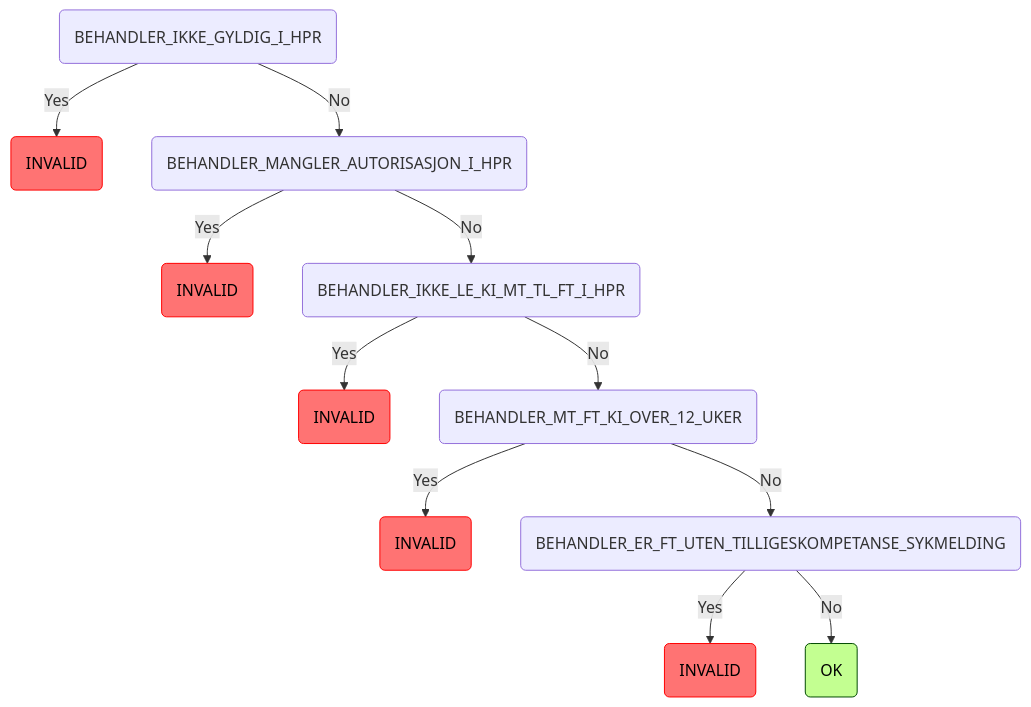
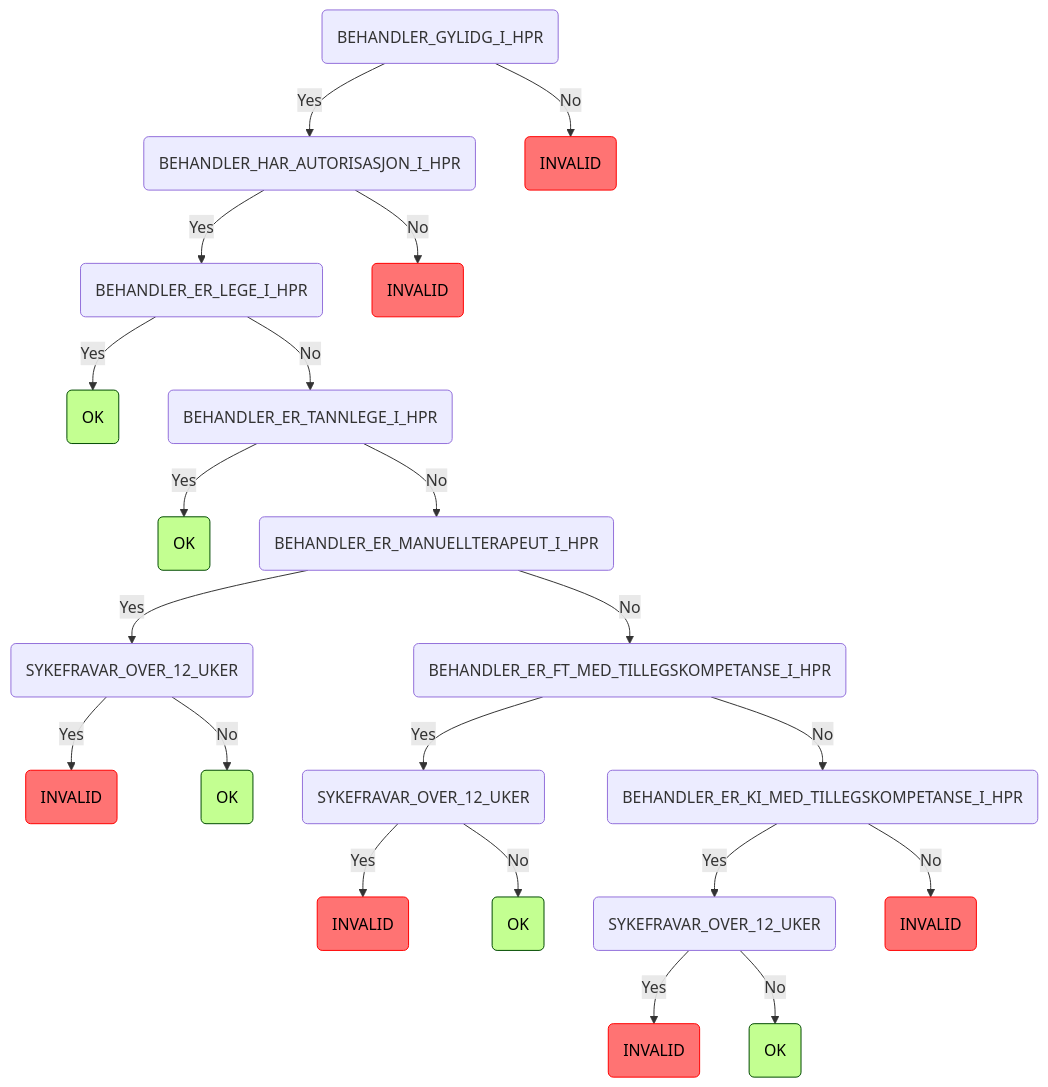
The fifth of 11 diagrams in README.md (navikt/syfosmregler), drawn with Mermaid before and after one commit. The commit also changed 6 other files, not shown here.

````diff
--- a/README.md
+++ b/README.md
@@ -138,16 +138,26 @@
 ```mermaid
 graph TD
-    root(BEHANDLER_IKKE_GYLDIG_I_HPR) -->|Yes| root_BEHANDLER_IKKE_GYLDIG_I_HPR_INVALID(INVALID):::invalid
-    root(BEHANDLER_IKKE_GYLDIG_I_HPR) -->|No| root_BEHANDLER_IKKE_GYLDIG_I_HPR_BEHANDLER_MANGLER_AUTORISASJON_I_HPR(BEHANDLER_MANGLER_AUTORISASJON_I_HPR)
-    root_BEHANDLER_IKKE_GYLDIG_I_HPR_BEHANDLER_MANGLER_AUTORISASJON_I_HPR(BEHANDLER_MANGLER_AUTORISASJON_I_HPR) -->|Yes| root_BEHANDLER_IKKE_GYLDIG_I_HPR_BEHANDLER_MANGLER_AUTORISASJON_I_HPR_INVALID(INVALID):::invalid
-    root_BEHANDLER_IKKE_GYLDIG_I_HPR_BEHANDLER_MANGLER_AUTORISASJON_I_HPR(BEHANDLER_MANGLER_AUTORISASJON_I_HPR) -->|No| root_BEHANDLER_IKKE_GYLDIG_I_HPR_BEHANDLER_MANGLER_AUTORISASJON_I_HPR_BEHANDLER_IKKE_LE_KI_MT_TL_FT_I_HPR(BEHANDLER_IKKE_LE_KI_MT_TL_FT_I_HPR)
-    root_BEHANDLER_IKKE_GYLDIG_I_HPR_BEHANDLER_MANGLER_AUTORISASJON_I_HPR_BEHANDLER_IKKE_LE_KI_MT_TL_FT_I_HPR(BEHANDLER_IKKE_LE_KI_MT_TL_FT_I_HPR) -->|Yes| root_BEHANDLER_IKKE_GYLDIG_I_HPR_BEHANDLER_MANGLER_AUTORISASJON_I_HPR_BEHANDLER_IKKE_LE_KI_MT_TL_FT_I_HPR_INVALID(INVALID):::invalid
-    root_BEHANDLER_IKKE_GYLDIG_I_HPR_BEHANDLER_MANGLER_AUTORISASJON_I_HPR_BEHANDLER_IKKE_LE_KI_MT_TL_FT_I_HPR(BEHANDLER_IKKE_LE_KI_MT_TL_FT_I_HPR) -->|No| root_BEHANDLER_IKKE_GYLDIG_I_HPR_BEHANDLER_MANGLER_AUTORISASJON_I_HPR_BEHANDLER_IKKE_LE_KI_MT_TL_FT_I_HPR_BEHANDLER_MT_FT_KI_OVER_12_UKER(BEHANDLER_MT_FT_KI_OVER_12_UKER)
-    root_BEHANDLER_IKKE_GYLDIG_I_HPR_BEHANDLER_MANGLER_AUTORISASJON_I_HPR_BEHANDLER_IKKE_LE_KI_MT_TL_FT_I_HPR_BEHANDLER_MT_FT_KI_OVER_12_UKER(BEHANDLER_MT_FT_KI_OVER_12_UKER) -->|Yes| root_BEHANDLER_IKKE_GYLDIG_I_HPR_BEHANDLER_MANGLER_AUTORISASJON_I_HPR_BEHANDLER_IKKE_LE_KI_MT_TL_FT_I_HPR_BEHANDLER_MT_FT_KI_OVER_12_UKER_INVALID(INVALID):::invalid
-    root_BEHANDLER_IKKE_GYLDIG_I_HPR_BEHANDLER_MANGLER_AUTORISASJON_I_HPR_BEHANDLER_IKKE_LE_KI_MT_TL_FT_I_HPR_BEHANDLER_MT_FT_KI_OVER_12_UKER(BEHANDLER_MT_FT_KI_OVER_12_UKER) -->|No| root_BEHANDLER_IKKE_GYLDIG_I_HPR_BEHANDLER_MANGLER_AUTORISASJON_I_HPR_BEHANDLER_IKKE_LE_KI_MT_TL_FT_I_HPR_BEHANDLER_MT_FT_KI_OVER_12_UKER_BEHANDLER_ER_FT_UTEN_TILLIGESKOMPETANSE_SYKMELDING(BEHANDLER_ER_FT_UTEN_TILLIGESKOMPETANSE_SYKMELDING)
-    root_BEHANDLER_IKKE_GYLDIG_I_HPR_BEHANDLER_MANGLER_AUTORISASJON_I_HPR_BEHANDLER_IKKE_LE_KI_MT_TL_FT_I_HPR_BEHANDLER_MT_FT_KI_OVER_12_UKER_BEHANDLER_ER_FT_UTEN_TILLIGESKOMPETANSE_SYKMELDING(BEHANDLER_ER_FT_UTEN_TILLIGESKOMPETANSE_SYKMELDING) -->|Yes| root_BEHANDLER_IKKE_GYLDIG_I_HPR_BEHANDLER_MANGLER_AUTORISASJON_I_HPR_BEHANDLER_IKKE_LE_KI_MT_TL_FT_I_HPR_BEHANDLER_MT_FT_KI_OVER_12_UKER_BEHANDLER_ER_FT_UTEN_TILLIGESKOMPETANSE_SYKMELDING_INVALID(INVALID):::invalid
-    root_BEHANDLER_IKKE_GYLDIG_I_HPR_BEHANDLER_MANGLER_AUTORISASJON_I_HPR_BEHANDLER_IKKE_LE_KI_MT_TL_FT_I_HPR_BEHANDLER_MT_FT_KI_OVER_12_UKER_BEHANDLER_ER_FT_UTEN_TILLIGESKOMPETANSE_SYKMELDING(BEHANDLER_ER_FT_UTEN_TILLIGESKOMPETANSE_SYKMELDING) -->|No| root_BEHANDLER_IKKE_GYLDIG_I_HPR_BEHANDLER_MANGLER_AUTORISASJON_I_HPR_BEHANDLER_IKKE_LE_KI_MT_TL_FT_I_HPR_BEHANDLER_MT_FT_KI_OVER_12_UKER_BEHANDLER_ER_FT_UTEN_TILLIGESKOMPETANSE_SYKMELDING_OK(OK):::ok
+    root(BEHANDLER_GYLIDG_I_HPR) -->|Yes| root_BEHANDLER_GYLIDG_I_HPR_BEHANDLER_HAR_AUTORISASJON_I_HPR(BEHANDLER_HAR_AUTORISASJON_I_HPR)
+    root_BEHANDLER_GYLIDG_I_HPR_BEHANDLER_HAR_AUTORISASJON_I_HPR(BEHANDLER_HAR_AUTORISASJON_I_HPR) -->|Yes| root_BEHANDLER_GYLIDG_I_HPR_BEHANDLER_HAR_AUTORISASJON_I_HPR_BEHANDLER_ER_LEGE_I_HPR(BEHANDLER_ER_LEGE_I_HPR)
+    root_BEHANDLER_GYLIDG_I_HPR_BEHANDLER_HAR_AUTORISASJON_I_HPR_BEHANDLER_ER_LEGE_I_HPR(BEHANDLER_ER_LEGE_I_HPR) -->|Yes| root_BEHANDLER_GYLIDG_I_HPR_BEHANDLER_HAR_AUTORISASJON_I_HPR_BEHANDLER_ER_LEGE_I_HPR_OK(OK):::ok
+    root_BEHANDLER_GYLIDG_I_HPR_BEHANDLER_HAR_AUTORISASJON_I_HPR_BEHANDLER_ER_LEGE_I_HPR(BEHANDLER_ER_LEGE_I_HPR) -->|No| root_BEHANDLER_GYLIDG_I_HPR_BEHANDLER_HAR_AUTORISASJON_I_HPR_BEHANDLER_ER_LEGE_I_HPR_BEHANDLER_ER_TANNLEGE_I_HPR(BEHANDLER_ER_TANNLEGE_I_HPR)
+    root_BEHANDLER_GYLIDG_I_HPR_BEHANDLER_HAR_AUTORISASJON_I_HPR_BEHANDLER_ER_LEGE_I_HPR_BEHANDLER_ER_TANNLEGE_I_HPR(BEHANDLER_ER_TANNLEGE_I_HPR) -->|Yes| root_BEHANDLER_GYLIDG_I_HPR_BEHANDLER_HAR_AUTORISASJON_I_HPR_BEHANDLER_ER_LEGE_I_HPR_BEHANDLER_ER_TANNLEGE_I_HPR_OK(OK):::ok
+    root_BEHANDLER_GYLIDG_I_HPR_BEHANDLER_HAR_AUTORISASJON_I_HPR_BEHANDLER_ER_LEGE_I_HPR_BEHANDLER_ER_TANNLEGE_I_HPR(BEHANDLER_ER_TANNLEGE_I_HPR) -->|No| root_BEHANDLER_GYLIDG_I_HPR_BEHANDLER_HAR_AUTORISASJON_I_HPR_BEHANDLER_ER_LEGE_I_HPR_BEHANDLER_ER_TANNLEGE_I_HPR_BEHANDLER_ER_MANUELLTERAPEUT_I_HPR(BEHANDLER_ER_MANUELLTERAPEUT_I_HPR)
+    root_BEHANDLER_GYLIDG_I_HPR_BEHANDLER_HAR_AUTORISASJON_I_HPR_BEHANDLER_ER_LEGE_I_HPR_BEHANDLER_ER_TANNLEGE_I_HPR_BEHANDLER_ER_MANUELLTERAPEUT_I_HPR(BEHANDLER_ER_MANUELLTERAPEUT_I_HPR) -->|Yes| root_BEHANDLER_GYLIDG_I_HPR_BEHANDLER_HAR_AUTORISASJON_I_HPR_BEHANDLER_ER_LEGE_I_HPR_BEHANDLER_ER_TANNLEGE_I_HPR_BEHANDLER_ER_MANUELLTERAPEUT_I_HPR_SYKEFRAVAR_OVER_12_UKER(SYKEFRAVAR_OVER_12_UKER)
+    root_BEHANDLER_GYLIDG_I_HPR_BEHANDLER_HAR_AUTORISASJON_I_HPR_BEHANDLER_ER_LEGE_I_HPR_BEHANDLER_ER_TANNLEGE_I_HPR_BEHANDLER_ER_MANUELLTERAPEUT_I_HPR_SYKEFRAVAR_OVER_12_UKER(SYKEFRAVAR_OVER_12_UKER) -->|Yes| root_BEHANDLER_GYLIDG_I_HPR_BEHANDLER_HAR_AUTORISASJON_I_HPR_BEHANDLER_ER_LEGE_I_HPR_BEHANDLER_ER_TANNLEGE_I_HPR_BEHANDLER_ER_MANUELLTERAPEUT_I_HPR_SYKEFRAVAR_OVER_12_UKER_INVALID(INVALID):::invalid
+    root_BEHANDLER_GYLIDG_I_HPR_BEHANDLER_HAR_AUTORISASJON_I_HPR_BEHANDLER_ER_LEGE_I_HPR_BEHANDLER_ER_TANNLEGE_I_HPR_BEHANDLER_ER_MANUELLTERAPEUT_I_HPR_SYKEFRAVAR_OVER_12_UKER(SYKEFRAVAR_OVER_12_UKER) -->|No| root_BEHANDLER_GYLIDG_I_HPR_BEHANDLER_HAR_AUTORISASJON_I_HPR_BEHANDLER_ER_LEGE_I_HPR_BEHANDLER_ER_TANNLEGE_I_HPR_BEHANDLER_ER_MANUELLTERAPEUT_I_HPR_SYKEFRAVAR_OVER_12_UKER_OK(OK):::ok
+    root_BEHANDLER_GYLIDG_I_HPR_BEHANDLER_HAR_AUTORISASJON_I_HPR_BEHANDLER_ER_LEGE_I_HPR_BEHANDLER_ER_TANNLEGE_I_HPR_BEHANDLER_ER_MANUELLTERAPEUT_I_HPR(BEHANDLER_ER_MANUELLTERAPEUT_I_HPR) -->|No| root_BEHANDLER_GYLIDG_I_HPR_BEHANDLER_HAR_AUTORISASJON_I_HPR_BEHANDLER_ER_LEGE_I_HPR_BEHANDLER_ER_TANNLEGE_I_HPR_BEHANDLER_ER_MANUELLTERAPEUT_I_HPR_BEHANDLER_ER_FT_MED_TILLEGSKOMPETANSE_I_HPR(BEHANDLER_ER_FT_MED_TILLEGSKOMPETANSE_I_HPR)
+    root_BEHANDLER_GYLIDG_I_HPR_BEHANDLER_HAR_AUTORISASJON_I_HPR_BEHANDLER_ER_LEGE_I_HPR_BEHANDLER_ER_TANNLEGE_I_HPR_BEHANDLER_ER_MANUELLTERAPEUT_I_HPR_BEHANDLER_ER_FT_MED_TILLEGSKOMPETANSE_I_HPR(BEHANDLER_ER_FT_MED_TILLEGSKOMPETANSE_I_HPR) -->|Yes| root_BEHANDLER_GYLIDG_I_HPR_BEHANDLER_HAR_AUTORISASJON_I_HPR_BEHANDLER_ER_LEGE_I_HPR_BEHANDLER_ER_TANNLEGE_I_HPR_BEHANDLER_ER_MANUELLTERAPEUT_I_HPR_BEHANDLER_ER_FT_MED_TILLEGSKOMPETANSE_I_HPR_SYKEFRAVAR_OVER_12_UKER(SYKEFRAVAR_OVER_12_UKER)
+    root_BEHANDLER_GYLIDG_I_HPR_BEHANDLER_HAR_AUTORISASJON_I_HPR_BEHANDLER_ER_LEGE_I_HPR_BEHANDLER_ER_TANNLEGE_I_HPR_BEHANDLER_ER_MANUELLTERAPEUT_I_HPR_BEHANDLER_ER_FT_MED_TILLEGSKOMPETANSE_I_HPR_SYKEFRAVAR_OVER_12_UKER(SYKEFRAVAR_OVER_12_UKER) -->|Yes| root_BEHANDLER_GYLIDG_I_HPR_BEHANDLER_HAR_AUTORISASJON_I_HPR_BEHANDLER_ER_LEGE_I_HPR_BEHANDLER_ER_TANNLEGE_I_HPR_BEHANDLER_ER_MANUELLTERAPEUT_I_HPR_BEHANDLER_ER_FT_MED_TILLEGSKOMPETANSE_I_HPR_SYKEFRAVAR_OVER_12_UKER_INVALID(INVALID):::invalid
+    root_BEHANDLER_GYLIDG_I_HPR_BEHANDLER_HAR_AUTORISASJON_I_HPR_BEHANDLER_ER_LEGE_I_HPR_BEHANDLER_ER_TANNLEGE_I_HPR_BEHANDLER_ER_MANUELLTERAPEUT_I_HPR_BEHANDLER_ER_FT_MED_TILLEGSKOMPETANSE_I_HPR_SYKEFRAVAR_OVER_12_UKER(SYKEFRAVAR_OVER_12_UKER) -->|No| root_BEHANDLER_GYLIDG_I_HPR_BEHANDLER_HAR_AUTORISASJON_I_HPR_BEHANDLER_ER_LEGE_I_HPR_BEHANDLER_ER_TANNLEGE_I_HPR_BEHANDLER_ER_MANUELLTERAPEUT_I_HPR_BEHANDLER_ER_FT_MED_TILLEGSKOMPETANSE_I_HPR_SYKEFRAVAR_OVER_12_UKER_OK(OK):::ok
+    root_BEHANDLER_GYLIDG_I_HPR_BEHANDLER_HAR_AUTORISASJON_I_HPR_BEHANDLER_ER_LEGE_I_HPR_BEHANDLER_ER_TANNLEGE_I_HPR_BEHANDLER_ER_MANUELLTERAPEUT_I_HPR_BEHANDLER_ER_FT_MED_TILLEGSKOMPETANSE_I_HPR(BEHANDLER_ER_FT_MED_TILLEGSKOMPETANSE_I_HPR) -->|No| root_BEHANDLER_GYLIDG_I_HPR_BEHANDLER_HAR_AUTORISASJON_I_HPR_BEHANDLER_ER_LEGE_I_HPR_BEHANDLER_ER_TANNLEGE_I_HPR_BEHANDLER_ER_MANUELLTERAPEUT_I_HPR_BEHANDLER_ER_FT_MED_TILLEGSKOMPETANSE_I_HPR_BEHANDLER_ER_KI_MED_TILLEGSKOMPETANSE_I_HPR(BEHANDLER_ER_KI_MED_TILLEGSKOMPETANSE_I_HPR)
+    root_BEHANDLER_GYLIDG_I_HPR_BEHANDLER_HAR_AUTORISASJON_I_HPR_BEHANDLER_ER_LEGE_I_HPR_BEHANDLER_ER_TANNLEGE_I_HPR_BEHANDLER_ER_MANUELLTERAPEUT_I_HPR_BEHANDLER_ER_FT_MED_TILLEGSKOMPETANSE_I_HPR_BEHANDLER_ER_KI_MED_TILLEGSKOMPETANSE_I_HPR(BEHANDLER_ER_KI_MED_TILLEGSKOMPETANSE_I_HPR) -->|Yes| root_BEHANDLER_GYLIDG_I_HPR_BEHANDLER_HAR_AUTORISASJON_I_HPR_BEHANDLER_ER_LEGE_I_HPR_BEHANDLER_ER_TANNLEGE_I_HPR_BEHANDLER_ER_MANUELLTERAPEUT_I_HPR_BEHANDLER_ER_FT_MED_TILLEGSKOMPETANSE_I_HPR_BEHANDLER_ER_KI_MED_TILLEGSKOMPETANSE_I_HPR_SYKEFRAVAR_OVER_12_UKER(SYKEFRAVAR_OVER_12_UKER)
+    root_BEHANDLER_GYLIDG_I_HPR_BEHANDLER_HAR_AUTORISASJON_I_HPR_BEHANDLER_ER_LEGE_I_HPR_BEHANDLER_ER_TANNLEGE_I_HPR_BEHANDLER_ER_MANUELLTERAPEUT_I_HPR_BEHANDLER_ER_FT_MED_TILLEGSKOMPETANSE_I_HPR_BEHANDLER_ER_KI_MED_TILLEGSKOMPETANSE_I_HPR_SYKEFRAVAR_OVER_12_UKER(SYKEFRAVAR_OVER_12_UKER) -->|Yes| root_BEHANDLER_GYLIDG_I_HPR_BEHANDLER_HAR_AUTORISASJON_I_HPR_BEHANDLER_ER_LEGE_I_HPR_BEHANDLER_ER_TANNLEGE_I_HPR_BEHANDLER_ER_MANUELLTERAPEUT_I_HPR_BEHANDLER_ER_FT_MED_TILLEGSKOMPETANSE_I_HPR_BEHANDLER_ER_KI_MED_TILLEGSKOMPETANSE_I_HPR_SYKEFRAVAR_OVER_12_UKER_INVALID(INVALID):::invalid
+    root_BEHANDLER_GYLIDG_I_HPR_BEHANDLER_HAR_AUTORISASJON_I_HPR_BEHANDLER_ER_LEGE_I_HPR_BEHANDLER_ER_TANNLEGE_I_HPR_BEHANDLER_ER_MANUELLTERAPEUT_I_HPR_BEHANDLER_ER_FT_MED_TILLEGSKOMPETANSE_I_HPR_BEHANDLER_ER_KI_MED_TILLEGSKOMPETANSE_I_HPR_SYKEFRAVAR_OVER_12_UKER(SYKEFRAVAR_OVER_12_UKER) -->|No| root_BEHANDLER_GYLIDG_I_HPR_BEHANDLER_HAR_AUTORISASJON_I_HPR_BEHANDLER_ER_LEGE_I_HPR_BEHANDLER_ER_TANNLEGE_I_HPR_BEHANDLER_ER_MANUELLTERAPEUT_I_HPR_BEHANDLER_ER_FT_MED_TILLEGSKOMPETANSE_I_HPR_BEHANDLER_ER_KI_MED_TILLEGSKOMPETANSE_I_HPR_SYKEFRAVAR_OVER_12_UKER_OK(OK):::ok
+    root_BEHANDLER_GYLIDG_I_HPR_BEHANDLER_HAR_AUTORISASJON_I_HPR_BEHANDLER_ER_LEGE_I_HPR_BEHANDLER_ER_TANNLEGE_I_HPR_BEHANDLER_ER_MANUELLTERAPEUT_I_HPR_BEHANDLER_ER_FT_MED_TILLEGSKOMPETANSE_I_HPR_BEHANDLER_ER_KI_MED_TILLEGSKOMPETANSE_I_HPR(BEHANDLER_ER_KI_MED_TILLEGSKOMPETANSE_I_HPR) -->|No| root_BEHANDLER_GYLIDG_I_HPR_BEHANDLER_HAR_AUTORISASJON_I_HPR_BEHANDLER_ER_LEGE_I_HPR_BEHANDLER_ER_TANNLEGE_I_HPR_BEHANDLER_ER_MANUELLTERAPEUT_I_HPR_BEHANDLER_ER_FT_MED_TILLEGSKOMPETANSE_I_HPR_BEHANDLER_ER_KI_MED_TILLEGSKOMPETANSE_I_HPR_INVALID(INVALID):::invalid
+    root_BEHANDLER_GYLIDG_I_HPR_BEHANDLER_HAR_AUTORISASJON_I_HPR(BEHANDLER_HAR_AUTORISASJON_I_HPR) -->|No| root_BEHANDLER_GYLIDG_I_HPR_BEHANDLER_HAR_AUTORISASJON_I_HPR_INVALID(INVALID):::invalid
+    root(BEHANDLER_GYLIDG_I_HPR) -->|No| root_BEHANDLER_GYLIDG_I_HPR_INVALID(INVALID):::invalid
     classDef ok fill:#c3ff91,stroke:#004a00,color: black;
     classDef invalid fill:#ff7373,stroke:#ff0000,color: black;
     classDef manuell fill:#ffe24f,stroke:#ffd500,color: #473c00;
 ```
````
